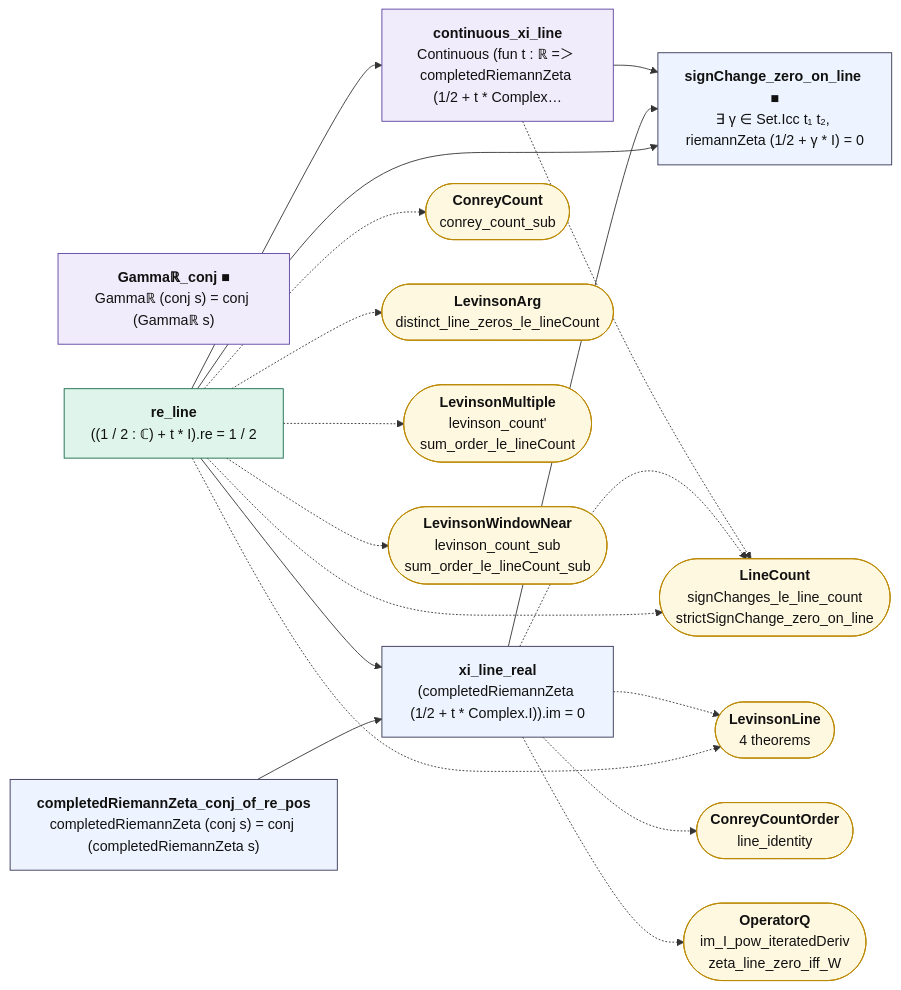
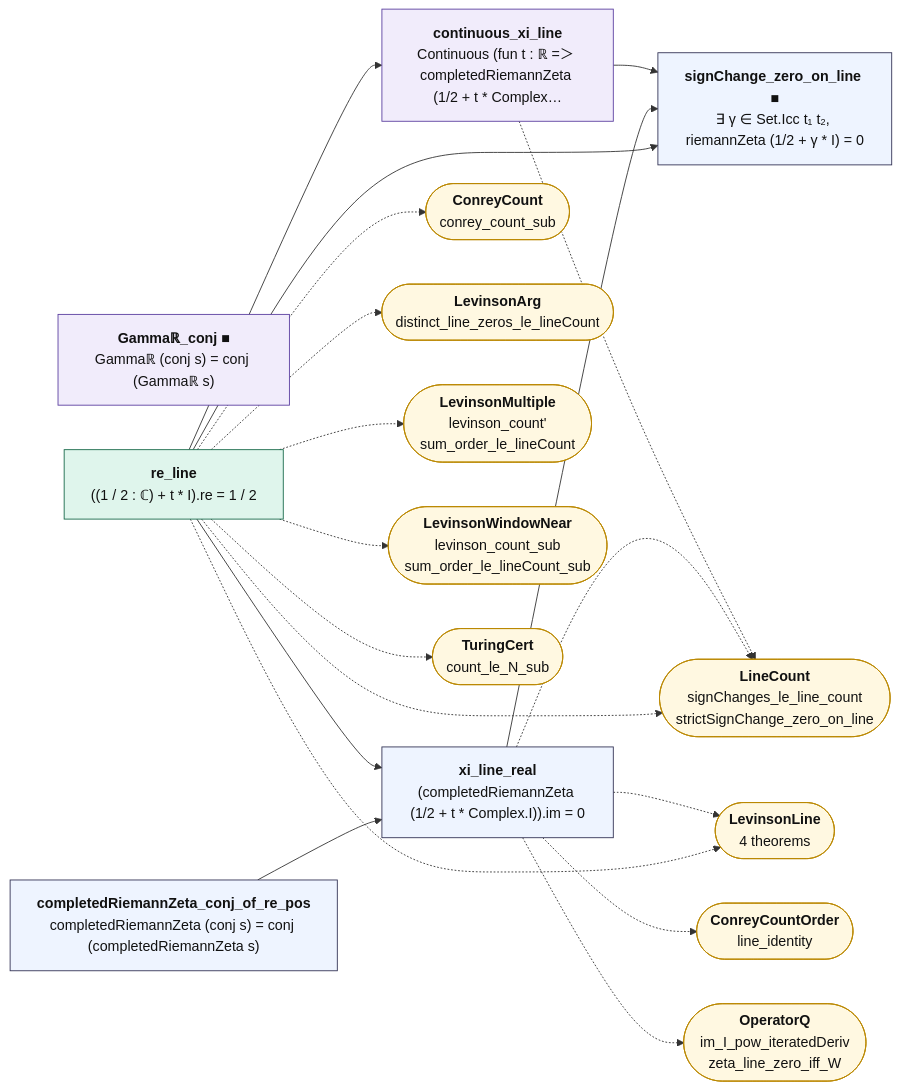
The diagram in map/lean_stage3/HardyZ.md (juliansambranojr/Primebeat_081426), drawn with Mermaid before and after one commit. The commit also changed other lines of this file and 32 other files, not shown here.

````diff
--- a/map/lean_stage3/HardyZ.md
+++ b/map/lean_stage3/HardyZ.md
@@ -14,42 +14,44 @@
 ```mermaid
 flowchart LR
   n0["<b>Gammaℝ_conj ■</b><br/>Gammaℝ (conj s) = conj (Gammaℝ s)"]:::shp
   n1["<b>completedRiemannZeta_conj_of_re_pos</b><br/>completedRiemannZeta (conj s) = conj (completedRiemannZeta s)"]:::thm
   n2["<b>re_line</b><br/>((1 / 2 : ℂ) + t * I).re = 1 / 2"]:::cnt
   n3["<b>xi_line_real</b><br/>(completedRiemannZeta (1/2 + t * Complex.I)).im = 0"]:::thm
   n4["<b>continuous_xi_line</b><br/>Continuous (fun t : ℝ =＞ completedRiemannZeta (1/2 + t * Complex…"]:::shp
   n5["<b>signChange_zero_on_line ■</b><br/>∃ γ ∈ Set.Icc t₁ t₂, riemannZeta (1/2 + γ * I) = 0"]:::thm
   x0(["<b>ConreyCount</b><br/>conrey_count_sub"]):::ext
   x1(["<b>LevinsonArg</b><br/>distinct_line_zeros_le_lineCount"]):::ext
   x2(["<b>LevinsonLine</b><br/>4 theorems"]):::ext
   x3(["<b>LevinsonMultiple</b><br/>levinson_count'<br/>sum_order_le_lineCount"]):::ext
   x4(["<b>LevinsonWindowNear</b><br/>levinson_count_sub<br/>sum_order_le_lineCount_sub"]):::ext
   x5(["<b>LineCount</b><br/>signChanges_le_line_count<br/>strictSignChange_zero_on_line"]):::ext
-  x6(["<b>ConreyCountOrder</b><br/>line_identity"]):::ext
-  x7(["<b>OperatorQ</b><br/>im_I_pow_iteratedDeriv<br/>zeta_line_zero_iff_W"]):::ext
+  x6(["<b>TuringCert</b><br/>count_le_N_sub"]):::ext
+  x7(["<b>ConreyCountOrder</b><br/>line_identity"]):::ext
+  x8(["<b>OperatorQ</b><br/>im_I_pow_iteratedDeriv<br/>zeta_line_zero_iff_W"]):::ext
   n1 --> n3
   n2 --> n3
   n2 --> n4
   n2 --> n5
   n3 --> n5
   n4 --> n5
   n2 -.-> x0
   n2 -.-> x1
   n2 -.-> x2
   n2 -.-> x3
   n2 -.-> x4
   n2 -.-> x5
+  n2 -.-> x6
   n3 -.-> x2
   n3 -.-> x5
-  n3 -.-> x6
   n3 -.-> x7
+  n3 -.-> x8
   n4 -.-> x5
   classDef cnt fill:#dff5ec,stroke:#17694a,color:#111
   classDef shp fill:#f1ecfb,stroke:#5b3fa0,color:#111
   classDef rh fill:#ffe5e5,stroke:#c22,color:#111,stroke-width:2px
   classDef thm fill:#eef4ff,stroke:#335,color:#111
   classDef end_ fill:#e7f7e7,stroke:#2a7,color:#111,stroke-width:2px
   classDef lone fill:#fff,stroke:#999,color:#111,stroke-dasharray:4 3
   classDef bad fill:#ffe5e5,stroke:#c22,color:#111,stroke-width:2px
   classDef ext fill:#fff8e1,stroke:#b80,color:#111
 ```
````
